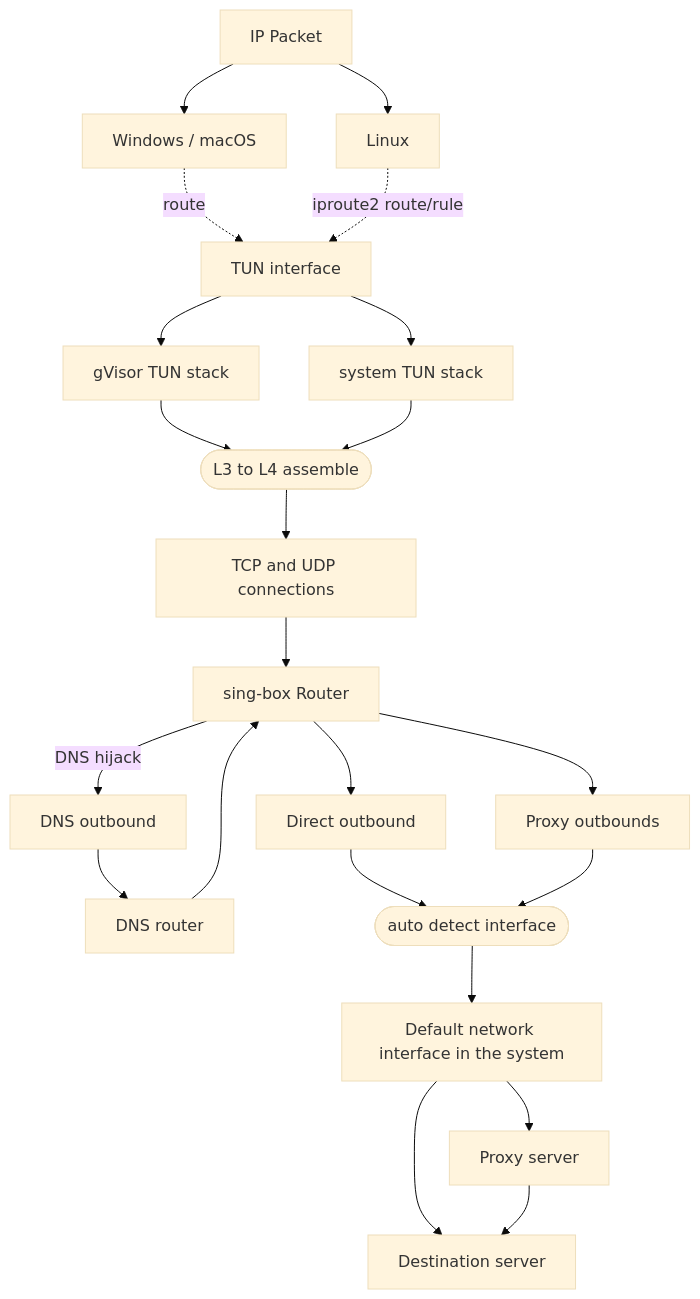
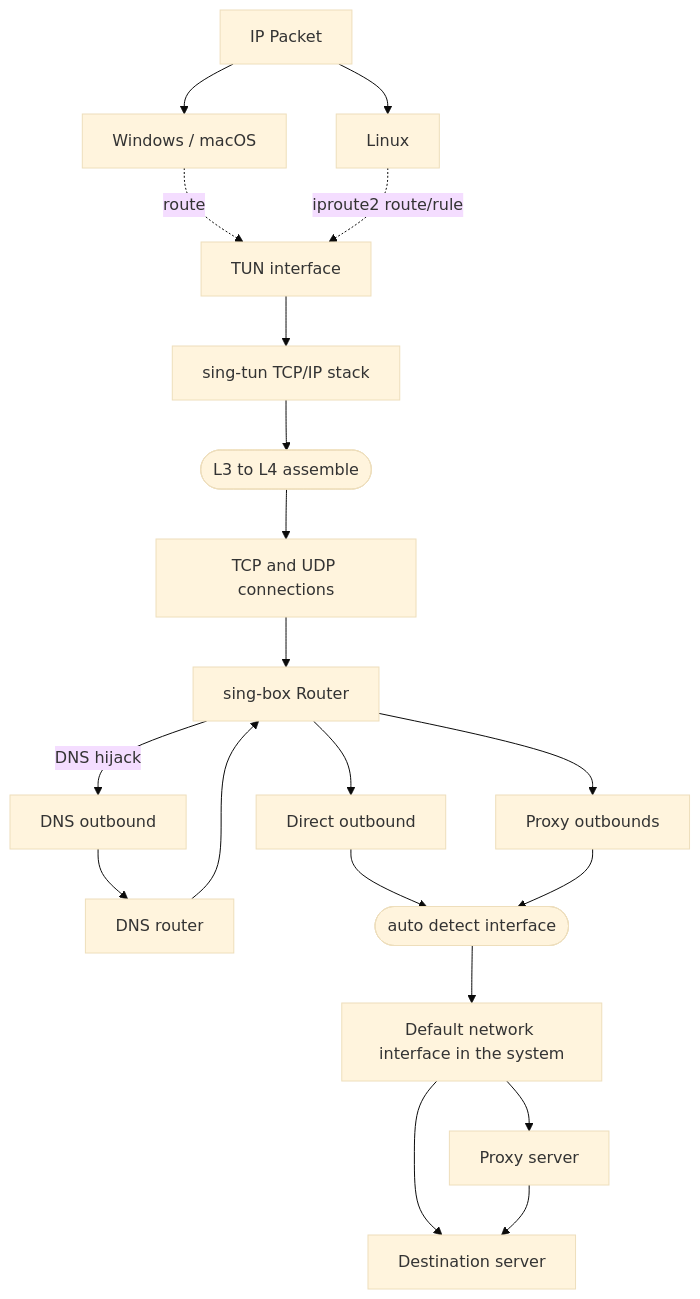
Before and after one commit to SagerNet/sing-box: the second of 2 diagrams in docs/manual/proxy/client.md, drawn with Mermaid (base theme). The commit also changed 26 other files, not shown here.

Commit message:
Add go TUN stack

````diff
--- a/docs/manual/proxy/client.md
+++ b/docs/manual/proxy/client.md
@@ -57,27 +57,25 @@
 ```mermaid
 flowchart TB
     packet[IP Packet]
     packet --> windows[Windows / macOS]
     packet --> linux[Linux]
     tun[TUN interface]
     windows -. route .-> tun
     linux -. iproute2 route/rule .-> tun
-    tun --> gvisor[gVisor TUN stack]
-    tun --> system[system TUN stack]
+    tun --> stack[sing-tun TCP/IP stack]
     assemble([L3 to L4 assemble])
-    gvisor --> assemble
-    system --> assemble
+    stack --> assemble
     assemble --> conn[TCP and UDP connections]
     conn --> router[sing-box Router]
     router --> direct[Direct outbound]
     router --> proxy[Proxy outbounds]
     router -- DNS hijack --> dns_out[DNS outbound]
     dns_out --> dns_router[DNS router]
     dns_router --> router
     direct --> adi([auto detect interface])
     proxy --> adi
     adi --> default[Default network interface in the system]
     default --> destination[Destination server]
     default --> proxy_server[Proxy server]
     proxy_server --> destination
 ```
````
